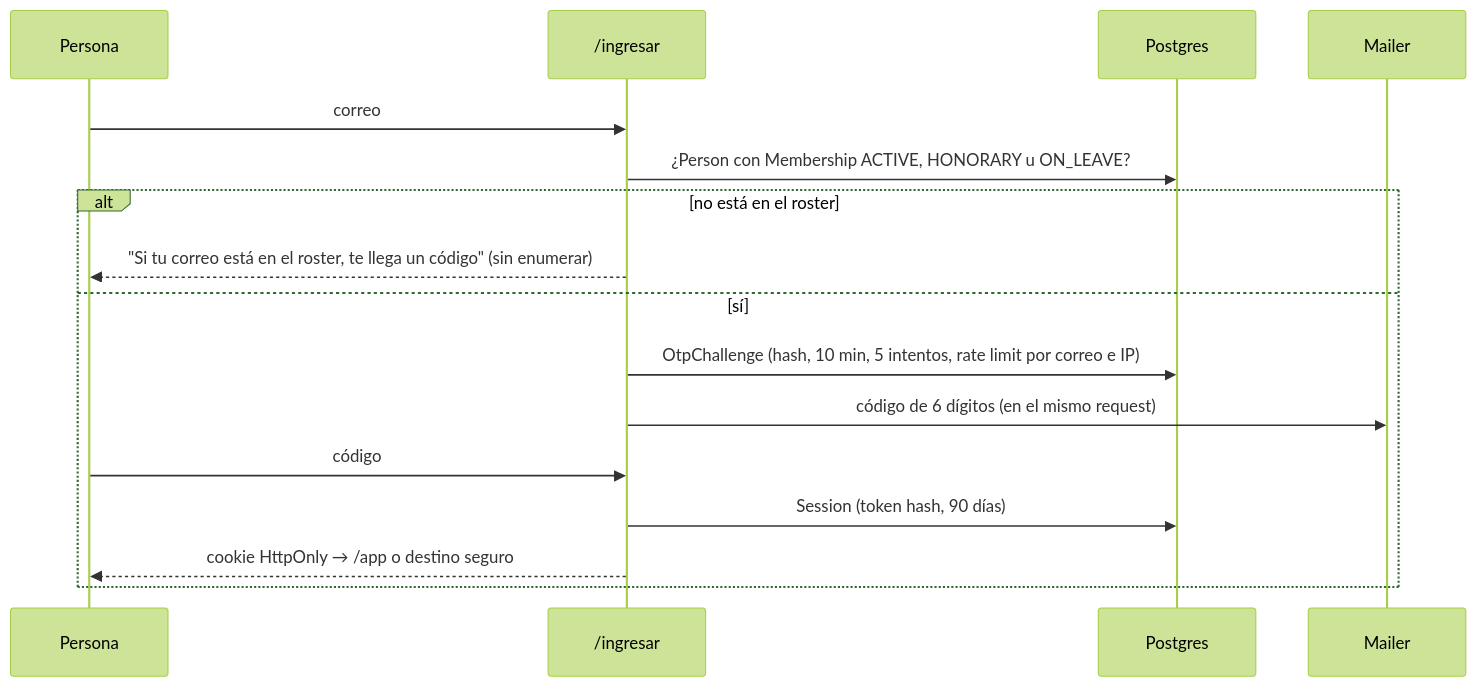
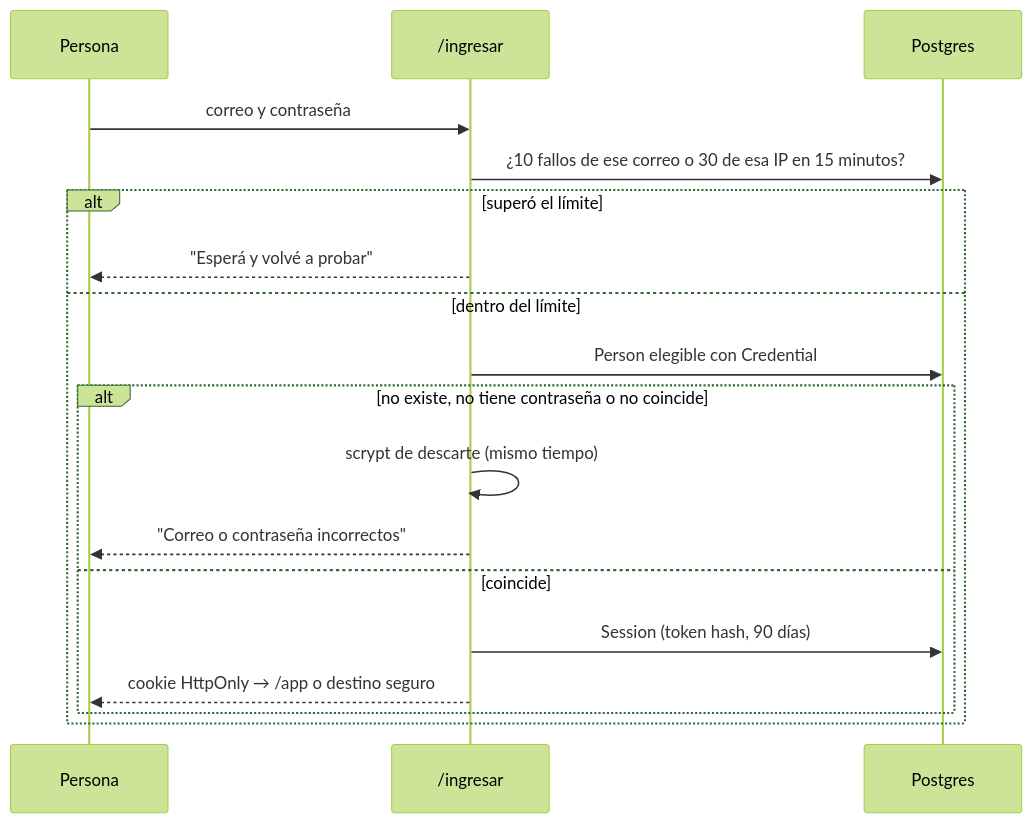
Before and after one commit to Mateoloperaortiz/LaOE: the first of 2 diagrams in docs/05-acceso.md, drawn with Mermaid (forest theme). The commit also changed other lines of this file and 12 other files, not shown here.

First line of the commit message:
docs(identity): decidir acceso con contraseña propia y enlace de la junta

````diff
--- a/docs/05-acceso.md
+++ b/docs/05-acceso.md
@@ -11,18 +11,20 @@
 ```mermaid
 sequenceDiagram
   participant P as Persona
   participant W as /ingresar
   participant DB as Postgres
-  participant M as Mailer
-  P->>W: correo
-  W->>DB: ¿Person con Membership ACTIVE, HONORARY u ON_LEAVE?
-  alt no está en el roster
-    W-->>P: "Si tu correo está en el roster, te llega un código" (sin enumerar)
-  else sí
-    W->>DB: OtpChallenge (hash, 10 min, 5 intentos, rate limit por correo e IP)
-    W->>M: código de 6 dígitos (en el mismo request)
-    P->>W: código
-    W->>DB: Session (token hash, 90 días)
-    W-->>P: cookie HttpOnly → /app o destino seguro
+  P->>W: correo y contraseña
+  W->>DB: ¿10 fallos de ese correo o 30 de esa IP en 15 minutos?
+  alt superó el límite
+    W-->>P: "Esperá y volvé a probar"
+  else dentro del límite
+    W->>DB: Person elegible con Credential
+    alt no existe, no tiene contraseña o no coincide
+      W->>W: scrypt de descarte (mismo tiempo)
+      W-->>P: "Correo o contraseña incorrectos"
+    else coincide
+      W->>DB: Session (token hash, 90 días)
+      W-->>P: cookie HttpOnly → /app o destino seguro
+    end
   end
 ```
````
